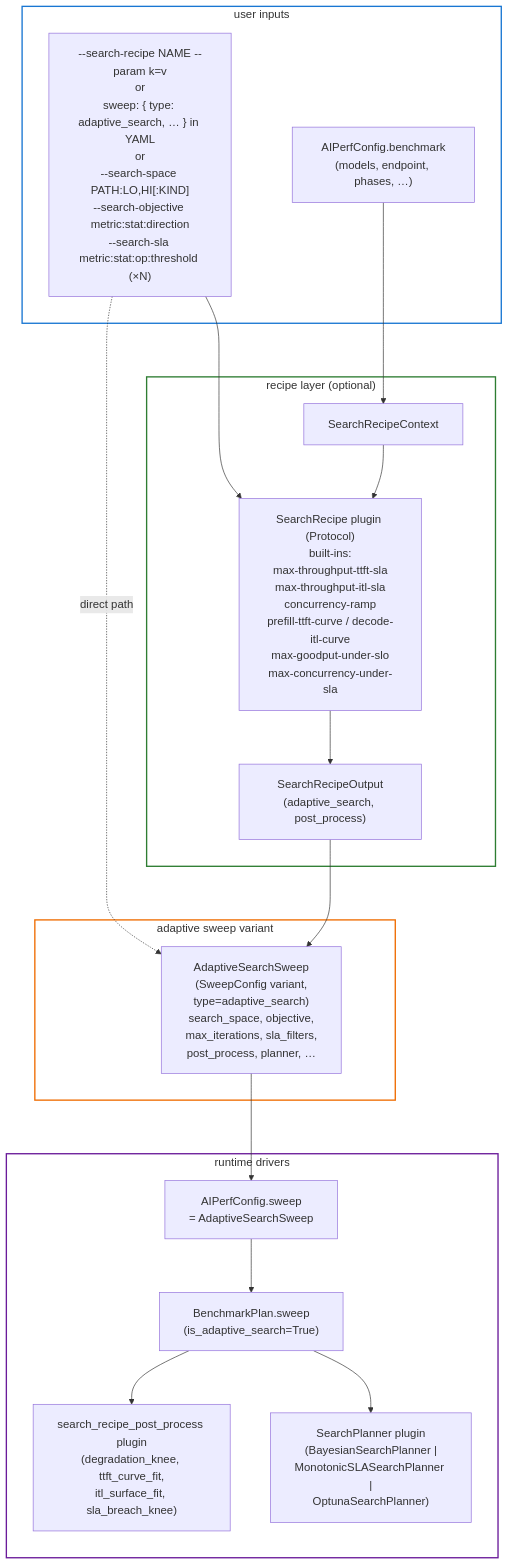
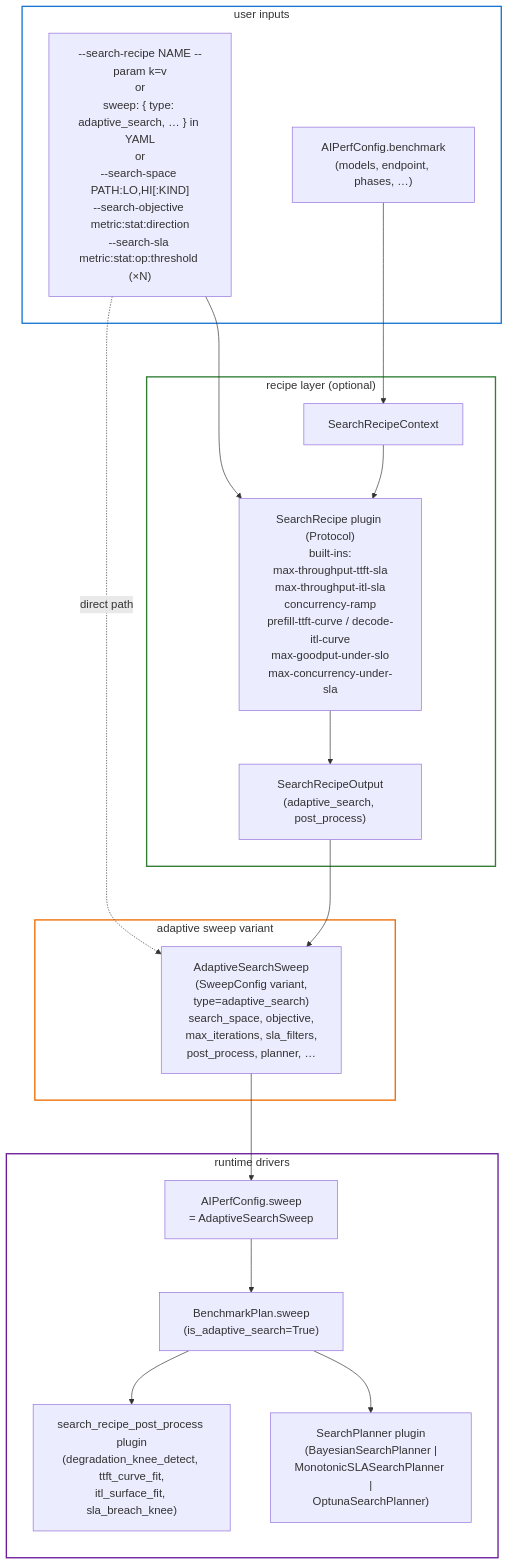
Before and after one commit to ai-dynamo/aiperf: diagram 24 of 24 in docs/dev/sweep-orchestrator-flow.md, drawn with Mermaid. The commit also changed other lines of this file and 1 other file, not shown here.

First line of the commit message:
docs(sweep): regenerate ABC diagrams and correct planner/config/plugin facts

````diff
--- a/docs/dev/sweep-orchestrator-flow.md
+++ b/docs/dev/sweep-orchestrator-flow.md
@@ -1336,39 +1374,39 @@
 ```mermaid
 %%{init: {'flowchart': {'nodeSpacing': 60, 'rankSpacing': 80, 'padding': 18, 'htmlLabels': true, 'curve': 'basis'}, 'themeVariables': {'fontSize': '17px'}}}%%
 flowchart TB
     subgraph IN["user inputs"]
         cli["--search-recipe NAME --param k=v<br/>or<br/>sweep: { type: adaptive_search, … } in YAML<br/>or<br/>--search-space PATH:LO,HI[:KIND]<br/>--search-objective metric:stat:direction<br/>--search-sla metric:stat:op:threshold (×N)"]
         uc["AIPerfConfig.benchmark<br/>(models, endpoint, phases, …)"]
     end
 
     subgraph RECIPE["recipe layer (optional)"]
         ctx["SearchRecipeContext"]
         rc["SearchRecipe plugin (Protocol)<br/>built-ins:<br/>max-throughput-ttft-sla<br/>max-throughput-itl-sla<br/>concurrency-ramp<br/>prefill-ttft-curve / decode-itl-curve<br/>max-goodput-under-slo<br/>max-concurrency-under-sla"]
         out["SearchRecipeOutput<br/>(adaptive_search, post_process)"]
     end
 
     subgraph CFG["adaptive sweep variant"]
         asc["AdaptiveSearchSweep<br/>(SweepConfig variant,<br/>type=adaptive_search)<br/>search_space, objective,<br/>max_iterations, sla_filters,<br/>post_process, planner, …"]
     end
 
     subgraph DRIVE["runtime drivers"]
         plan["AIPerfConfig.sweep<br/>= AdaptiveSearchSweep"]
         plan2["BenchmarkPlan.sweep<br/>(is_adaptive_search=True)"]
         sp["SearchPlanner plugin<br/>(BayesianSearchPlanner |<br/>MonotonicSLASearchPlanner |<br/>OptunaSearchPlanner)"]
-        pph["search_recipe_post_process plugin<br/>(degradation_knee, ttft_curve_fit,<br/>itl_surface_fit, sla_breach_knee)"]
+        pph["search_recipe_post_process plugin<br/>(degradation_knee_detect, ttft_curve_fit,<br/>itl_surface_fit, sla_breach_knee)"]
     end
 
     cli --> rc
     uc --> ctx --> rc --> out --> asc
     cli -.direct path.-> asc
 
     asc --> plan
     plan --> plan2
     plan2 --> sp
     plan2 --> pph
 
     style IN fill:transparent,stroke:#1976d2,stroke-width:2px
     style RECIPE fill:transparent,stroke:#2e7d32,stroke-width:2px
     style CFG fill:transparent,stroke:#ef6c00,stroke-width:2px
     style DRIVE fill:transparent,stroke:#6a1b9a,stroke-width:2px
 ```
````
